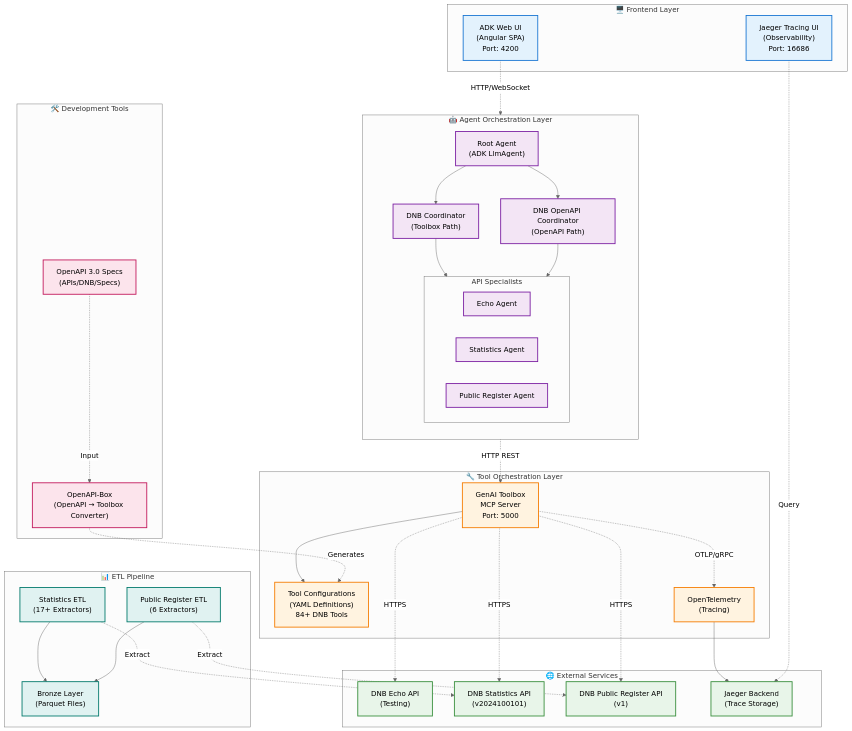
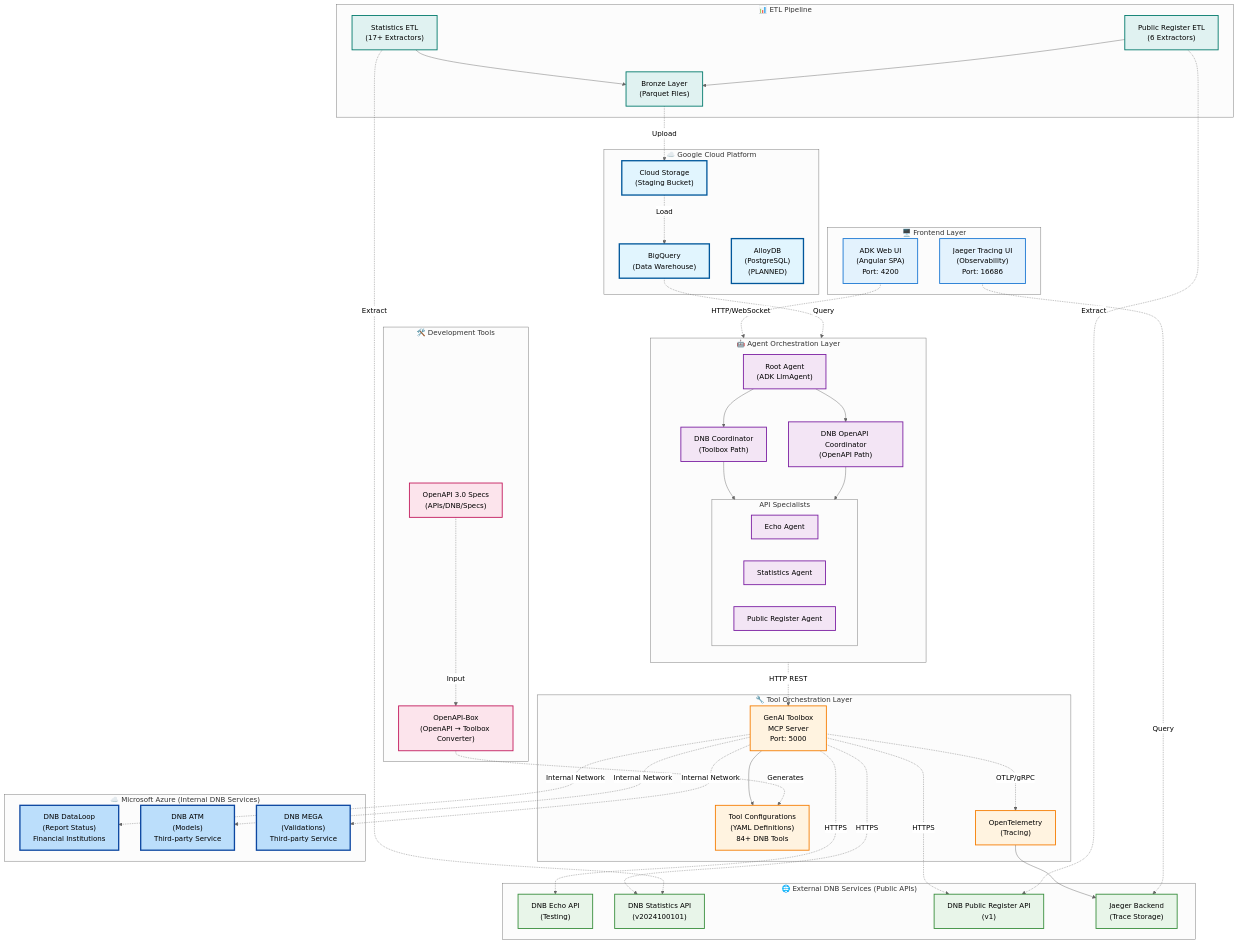
The first of 21 diagrams in backend/ARCHITECTURE_MERMAID.md (Px8Studio/adk-python), drawn with Mermaid (neutral theme) before and after one commit. The commit also changed other lines of this file and 1 other file, not shown here.

First line of the commit message:
feat: Enhance backend architecture documentation with Data Science Agent architecture and deployment topology

````diff
--- a/backend/ARCHITECTURE_MERMAID.md
+++ b/backend/ARCHITECTURE_MERMAID.md
@@ -47,11 +49,17 @@
         OTel["OpenTelemetry<br/>(Tracing)"]
     end
 
-    subgraph External["🌐 External Services"]
+    subgraph External["🌐 External DNB Services (Public APIs)"]
         DNB_Echo["DNB Echo API<br/>(Testing)"]
         DNB_Stats["DNB Statistics API<br/>(v2024100101)"]
         DNB_PR["DNB Public Register API<br/>(v1)"]
         Jaeger["Jaeger Backend<br/>(Trace Storage)"]
+    end
+
+    subgraph Azure["☁️ Microsoft Azure (Internal DNB Services)"]
+        DNB_DataLoop["DNB DataLoop<br/>(Report Status)<br/>Financial Institutions"]
+        DNB_ATM["DNB ATM<br/>(Models)<br/>Third-party Service"]
+        DNB_MEGA["DNB MEGA<br/>(Validations)<br/>Third-party Service"]
     end
 
     subgraph Build["🛠️ Development Tools"]
@@ -65,6 +73,12 @@
         Bronze["Bronze Layer<br/>(Parquet Files)"]
     end
 
+    subgraph Cloud["☁️ Google Cloud Platform"]
+        GCS["Cloud Storage<br/>(Staging Bucket)"]
+        BQ["BigQuery<br/>(Data Warehouse)"]
+        AlloyDB["AlloyDB<br/>(PostgreSQL)<br/>(PLANNED)"]
+    end
+
     %% Connections
     ADK_UI -.HTTP/WebSocket.-> Root
     Root --> DNB_Coord
@@ -76,6 +90,9 @@
     Toolbox -.HTTPS.-> DNB_Echo
     Toolbox -.HTTPS.-> DNB_Stats
     Toolbox -.HTTPS.-> DNB_PR
+    Toolbox -.Internal Network.-> DNB_DataLoop
+    Toolbox -.Internal Network.-> DNB_ATM
+    Toolbox -.Internal Network.-> DNB_MEGA
     Toolbox -.OTLP/gRPC.-> OTel
     OTel --> Jaeger
     Jaeger_UI -.Query.-> Jaeger
@@ -87,6 +104,10 @@
     PR_ETL -.Extract.-> DNB_PR
     Stats_ETL --> Bronze
     PR_ETL --> Bronze
+    
+    Bronze -.Upload.-> GCS
+    GCS -.Load.-> BQ
+    BQ -.Query.-> Root
 
     classDef frontend fill:#e3f2fd,stroke:#1976d2,stroke-width:2px
     classDef agent fill:#f3e5f5,stroke:#7b1fa2,stroke-width:2px
@@ -94,6 +115,8 @@
     classDef external fill:#e8f5e9,stroke:#388e3c,stroke-width:2px
     classDef build fill:#fce4ec,stroke:#c2185b,stroke-width:2px
     classDef etl fill:#e0f2f1,stroke:#00796b,stroke-width:2px
+    classDef cloud fill:#e1f5fe,stroke:#01579b,stroke-width:3px
+    classDef azure fill:#bbdefb,stroke:#0d47a1,stroke-width:3px
 
     class ADK_UI,Jaeger_UI frontend
     class Root,DNB_Coord,DNB_OpenAPI_Coord,Echo,Stats,PR agent
@@ -101,4 +124,6 @@
     class DNB_Echo,DNB_Stats,DNB_PR,Jaeger external
     class OpenAPIBox,OpenAPI_Specs build
     class Stats_ETL,PR_ETL,Bronze etl
+    class GCS,BQ,AlloyDB cloud
+    class DNB_DataLoop,DNB_ATM,DNB_MEGA azure
 ```
````
